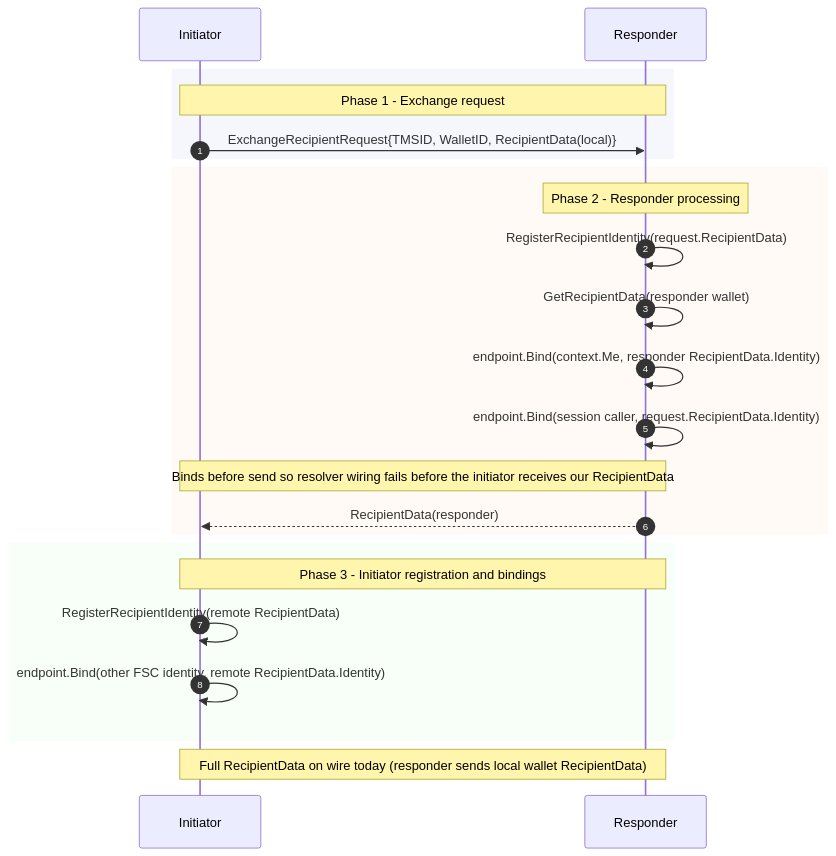
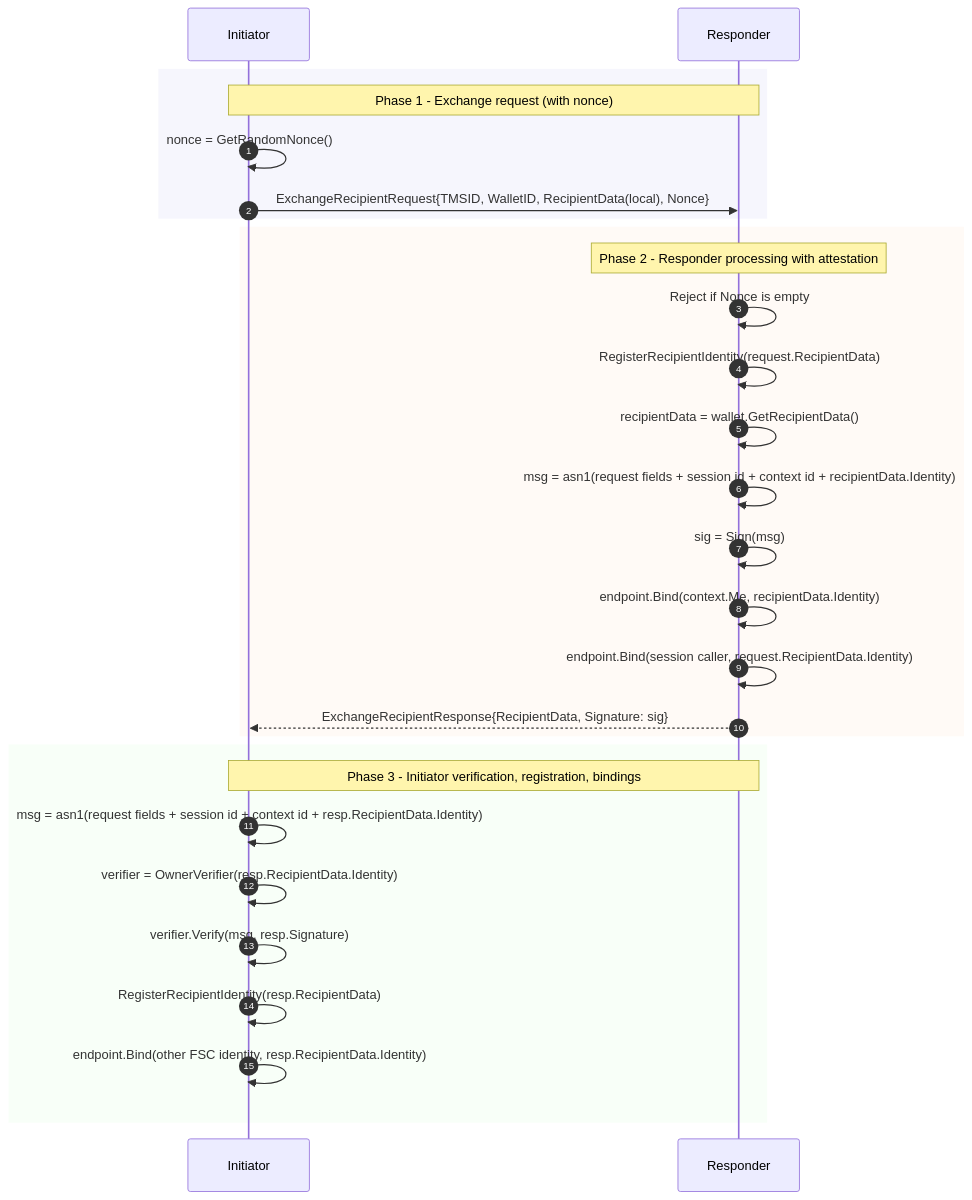
One commit to hyperledger-labs/fabric-token-sdk changed the third of 9 diagrams in docs/services/ttx.md. Above: the diagram before and after it, drawn with Mermaid. The commit also changed other lines of this file and 4 other files, not shown here.

Commit message:
feat(ttx): recipient wire hardening — slim echo + nonce/signature binding (#1731)

````diff
--- a/docs/services/ttx.md
+++ b/docs/services/ttx.md
@@ -134,29 +142,33 @@
 ```mermaid
 sequenceDiagram
     autonumber
     participant I as Initiator
     participant R as Responder
 
     rect rgba(230, 230, 250, 0.35)
-        Note over I,R: Phase 1 - Exchange request
-        I->>R: ExchangeRecipientRequest{TMSID, WalletID, RecipientData(local)}
+        Note over I,R: Phase 1 - Exchange request (with nonce)
+        I->>I: nonce = GetRandomNonce()
+        I->>R: ExchangeRecipientRequest{TMSID, WalletID, RecipientData(local), Nonce}
     end
 
     rect rgba(255, 245, 238, 0.5)
-        Note over R: Phase 2 - Responder processing
+        Note over R: Phase 2 - Responder processing with attestation
+        R->>R: Reject if Nonce is empty
         R->>R: RegisterRecipientIdentity(request.RecipientData)
-        R->>R: GetRecipientData(responder wallet)
-        R->>R: endpoint.Bind(context.Me, responder RecipientData.Identity)
+        R->>R: recipientData = wallet.GetRecipientData()
+        R->>R: msg = asn1(request fields + session id + context id + recipientData.Identity)
+        R->>R: sig = Sign(msg)
+        R->>R: endpoint.Bind(context.Me, recipientData.Identity)
         R->>R: endpoint.Bind(session caller, request.RecipientData.Identity)
-        Note over R,I: Binds before send so resolver wiring fails before the initiator receives our RecipientData
-        R-->>I: RecipientData(responder)
+        R-->>I: ExchangeRecipientResponse{RecipientData, Signature: sig}
     end
 
     rect rgba(240, 255, 240, 0.45)
-        Note over I,R: Phase 3 - Initiator registration and bindings
-        I->>I: RegisterRecipientIdentity(remote RecipientData)
-        I->>I: endpoint.Bind(other FSC identity, remote RecipientData.Identity)
+        Note over I,R: Phase 3 - Initiator verification, registration, bindings
+        I->>I: msg = asn1(request fields + session id + context id + resp.RecipientData.Identity)
+        I->>I: verifier = OwnerVerifier(resp.RecipientData.Identity)
+        I->>I: verifier.Verify(msg, resp.Signature)
+        I->>I: RegisterRecipientIdentity(resp.RecipientData)
+        I->>I: endpoint.Bind(other FSC identity, resp.RecipientData.Identity)
     end
-
-    Note over I,R: Full RecipientData on wire today (responder sends local wallet RecipientData)
 ```
````
